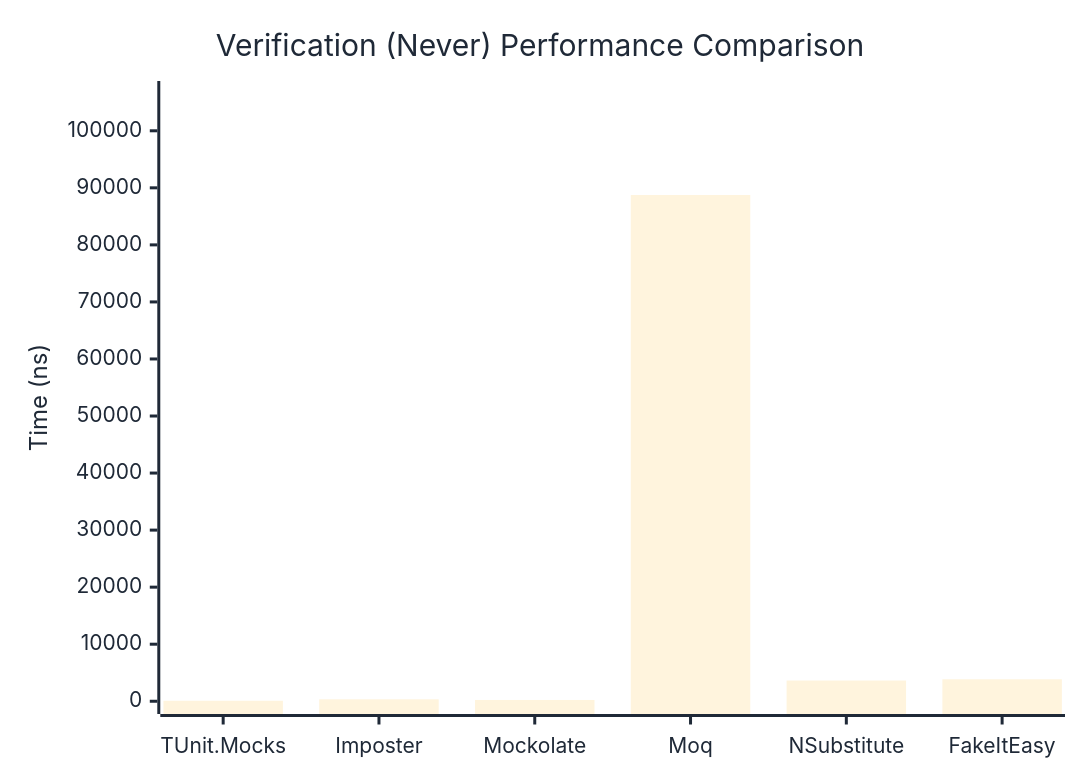
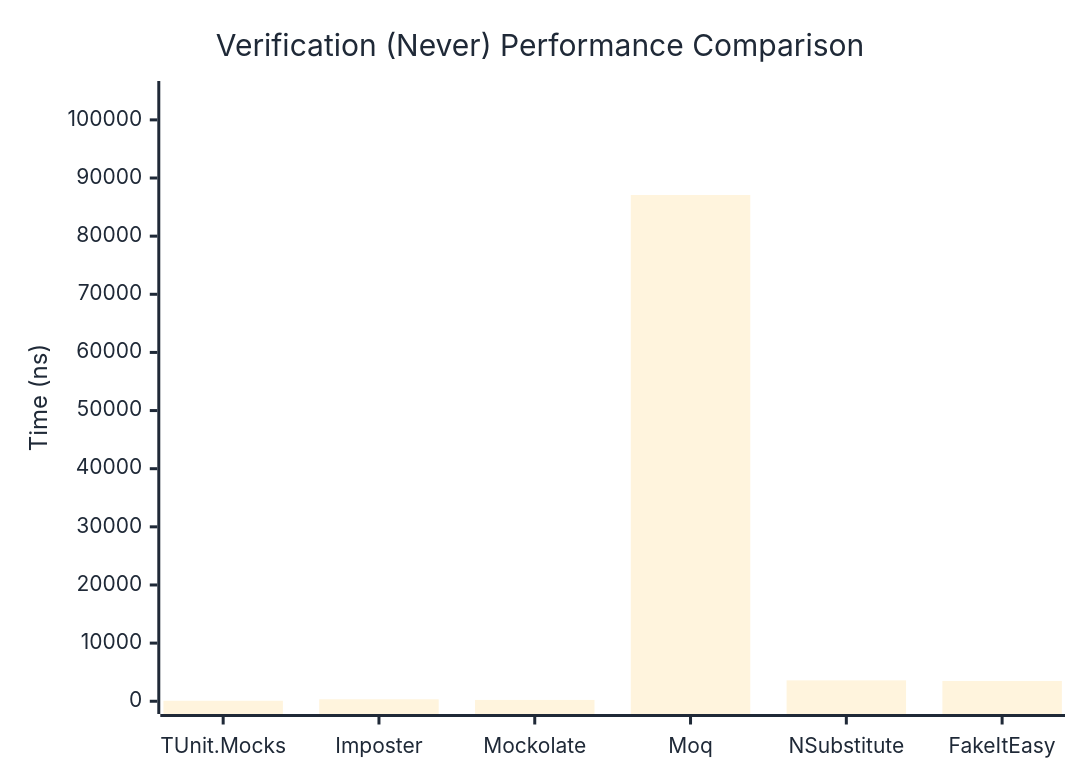
One commit to thomhurst/TUnit changed the second of 3 diagrams in docs/docs/benchmarks/mocks/Verification.md. Above: the diagram before and after it, drawn with Mermaid. The commit also changed other lines of this file and 14 other files, not shown here.

````diff
--- a/docs/docs/benchmarks/mocks/Verification.md
+++ b/docs/docs/benchmarks/mocks/Verification.md
@@ -69,27 +69,27 @@
 ```mermaid
 %%{init: {
   'theme':'base',
   'themeVariables': {
     'primaryColor': '#2563eb',
     'primaryTextColor': '#1f2937',
     'primaryBorderColor': '#1e40af',
     'lineColor': '#6b7280',
     'secondaryColor': '#7c3aed',
     'tertiaryColor': '#dc2626',
     'background': '#ffffff',
     'pie1': '#2563eb',
     'pie2': '#7c3aed',
     'pie3': '#dc2626',
     'pie4': '#f59e0b',
     'pie5': '#10b981',
     'pie6': '#06b6d4',
     'pie7': '#ec4899',
     'pie8': '#6366f1'
   }
 }}%%
 xychart-beta
   title "Verification (Never) Performance Comparison"
   x-axis ["TUnit.Mocks", "Imposter", "Mockolate", "Moq", "NSubstitute", "FakeItEasy"]
-  y-axis "Time (ns)" 0 --> 106492
-  bar [84.03, 340.94, 227.73, 88742.58, 3631.4, 3852.66]
+  y-axis "Time (ns)" 0 --> 104493
+  bar [84.48, 337.65, 225.18, 87077.29, 3594.29, 3489.27]
 ```
````
